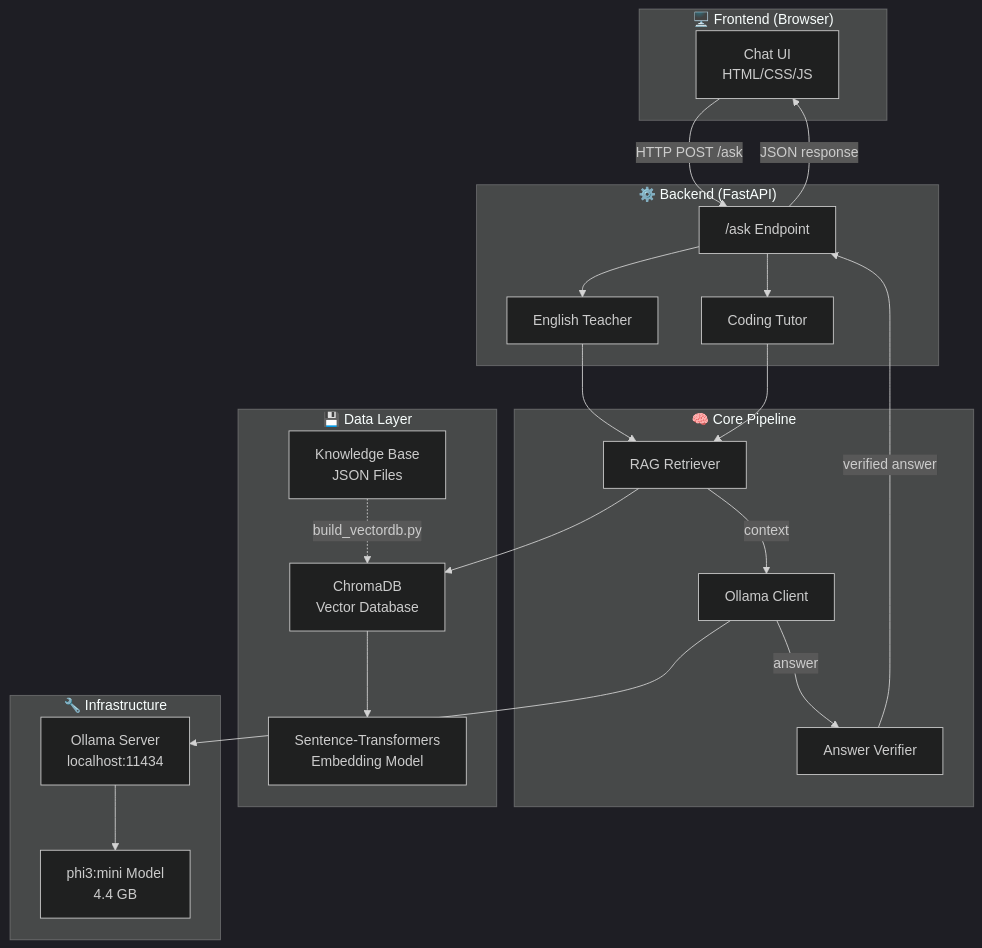
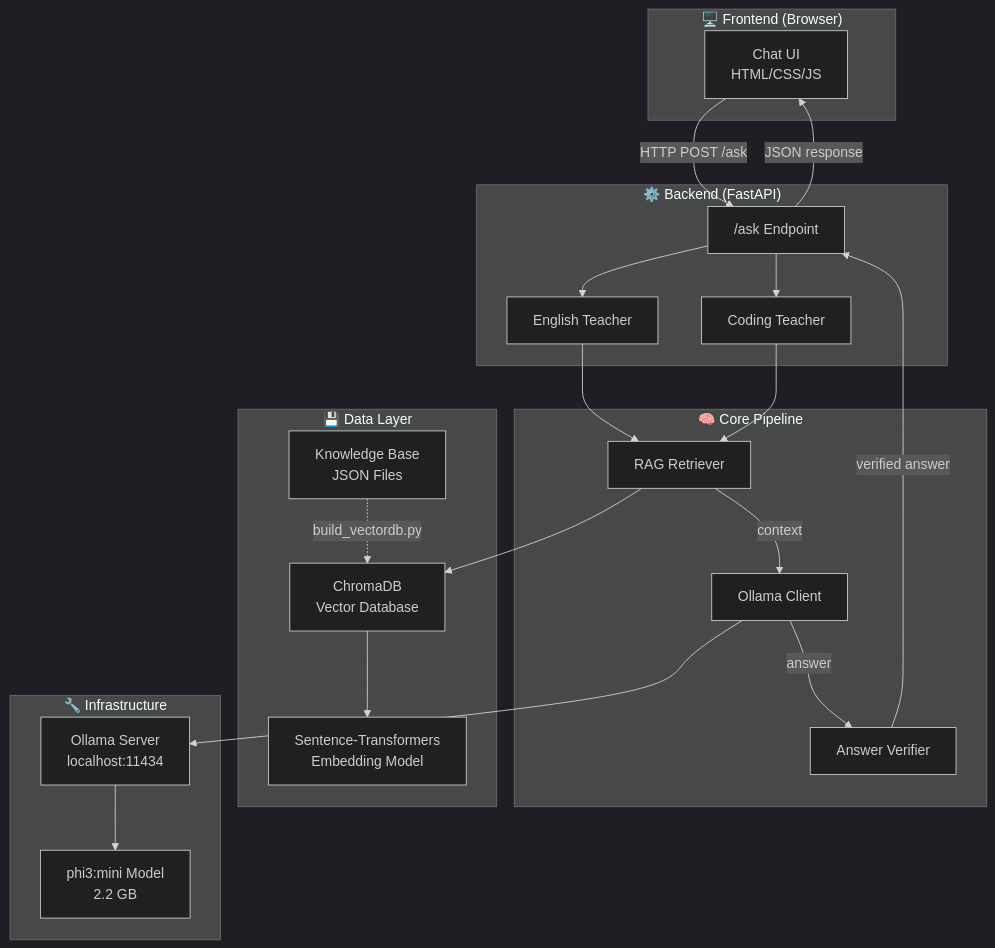
Before and after one commit to sagar-SgrDon/ai-teacher: the first of 2 diagrams in docs/SYSTEM_DESIGN.md, drawn with Mermaid (dark theme). The commit also changed other lines of this file and 19 other files, not shown here.

````diff
--- a/docs/SYSTEM_DESIGN.md
+++ b/docs/SYSTEM_DESIGN.md
@@ -18,41 +20,41 @@
 ```mermaid
 graph TB
     subgraph Frontend["🖥️ Frontend (Browser)"]
         UI[Chat UI<br/>HTML/CSS/JS]
     end
 
     subgraph Backend["⚙️ Backend (FastAPI)"]
         API["/ask Endpoint"]
         ET[English Teacher]
-        CT[Coding Tutor]
+        CT[Coding Teacher]
     end
 
     subgraph Core["🧠 Core Pipeline"]
         RAG[RAG Retriever]
         LLM[Ollama Client]
         VER[Answer Verifier]
     end
 
     subgraph Data["💾 Data Layer"]
         KB[Knowledge Base<br/>JSON Files]
         VDB[ChromaDB<br/>Vector Database]
         EMB[Sentence-Transformers<br/>Embedding Model]
     end
 
     subgraph Infra["🔧 Infrastructure"]
         OLL[Ollama Server<br/>localhost:11434]
-        PHI[phi3:mini Model<br/>4.4 GB]
+        PHI[phi3:mini Model<br/>2.2 GB]
     end
 
     UI -->|HTTP POST /ask| API
     API --> ET & CT
     ET & CT --> RAG
     RAG --> VDB
     VDB --> EMB
     RAG -->|context| LLM
     LLM -->|answer| VER
     VER -->|verified answer| API
     API -->|JSON response| UI
     LLM --> OLL --> PHI
     KB -.->|build_vectordb.py| VDB
 ```
````
